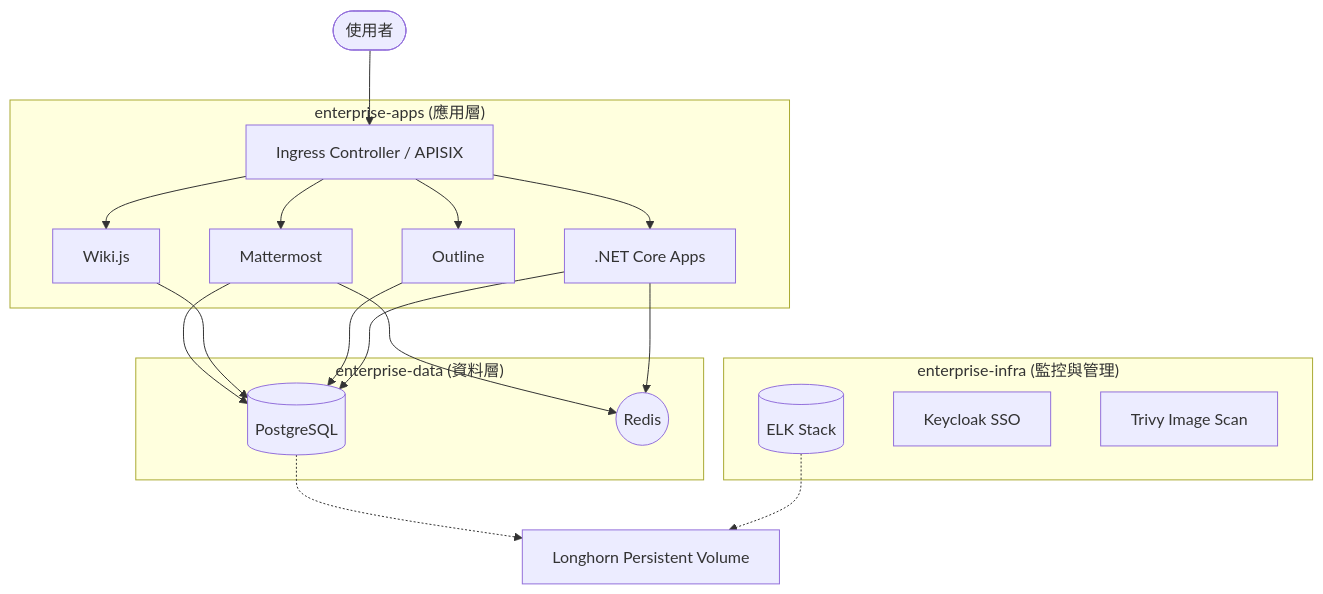
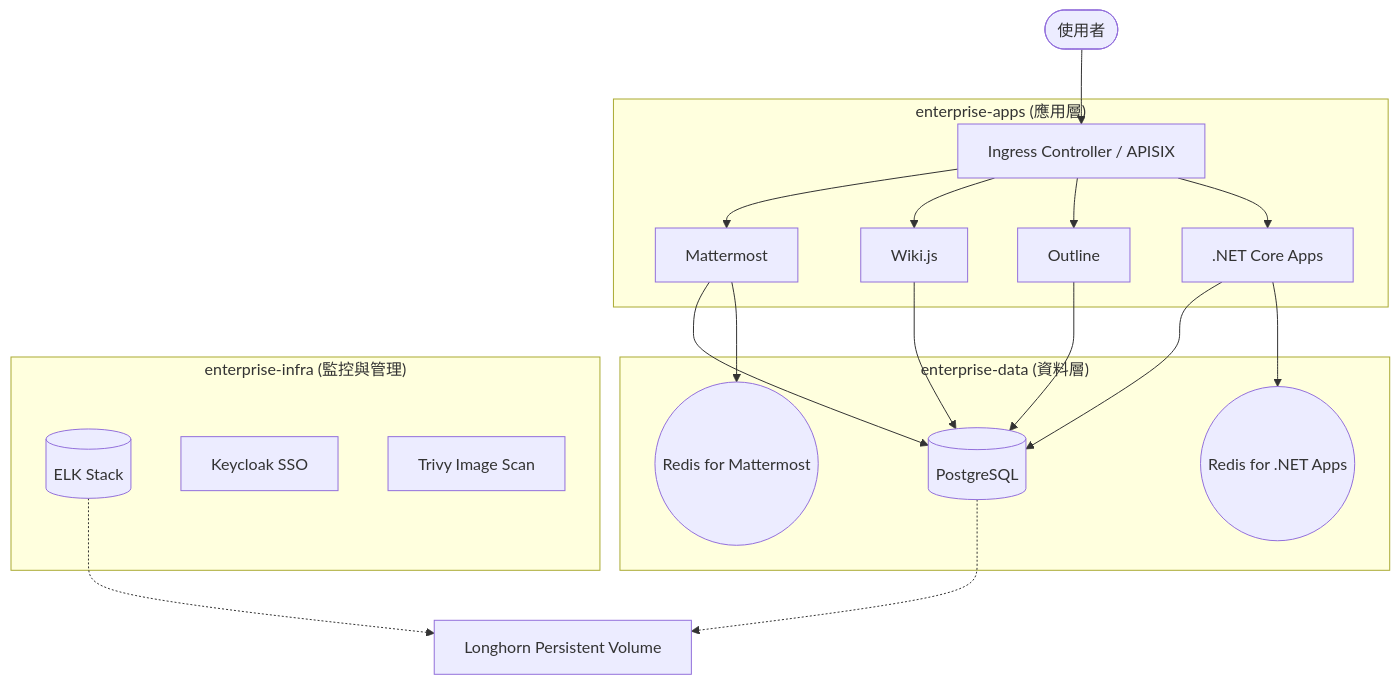
The first of 2 diagrams in README.md (tedtv1007-ctrl/enterprise-k8s-architecture-research), drawn with Mermaid before and after one commit.

Commit message:
doc: 更新 K8S 架構圖，呈現 Redis 服務隔離狀態 (Mattermost vs .NET Apps)

````diff
--- a/README.md
+++ b/README.md
@@ -29,30 +29,30 @@
 ```mermaid
 graph TD
     User([使用者]) --> Ingress[Ingress Controller / APISIX]
     
     subgraph "enterprise-apps (應用層)"
         Ingress --> MM[Mattermost]
         Ingress --> WK[Wiki.js]
         Ingress --> OL[Outline]
         Ingress --> NET[.NET Core Apps]
     end
     
     subgraph "enterprise-data (資料層)"
         MM --> PG[(PostgreSQL)]
         WK --> PG
         OL --> PG
         NET --> PG
-        MM --> RD((Redis))
-        NET --> RD
+        MM --> RD_MM((Redis for Mattermost))
+        NET --> RD_NET((Redis for .NET Apps))
     end
     
     subgraph "enterprise-infra (監控與管理)"
         ELK[(ELK Stack)]
         KC[Keycloak SSO]
         SCAN[Trivy Image Scan]
     end
     
     %% 持久化儲存關聯
     PG -.-> Longhorn[Longhorn Persistent Volume]
     ELK -.-> Longhorn
 ```
````
